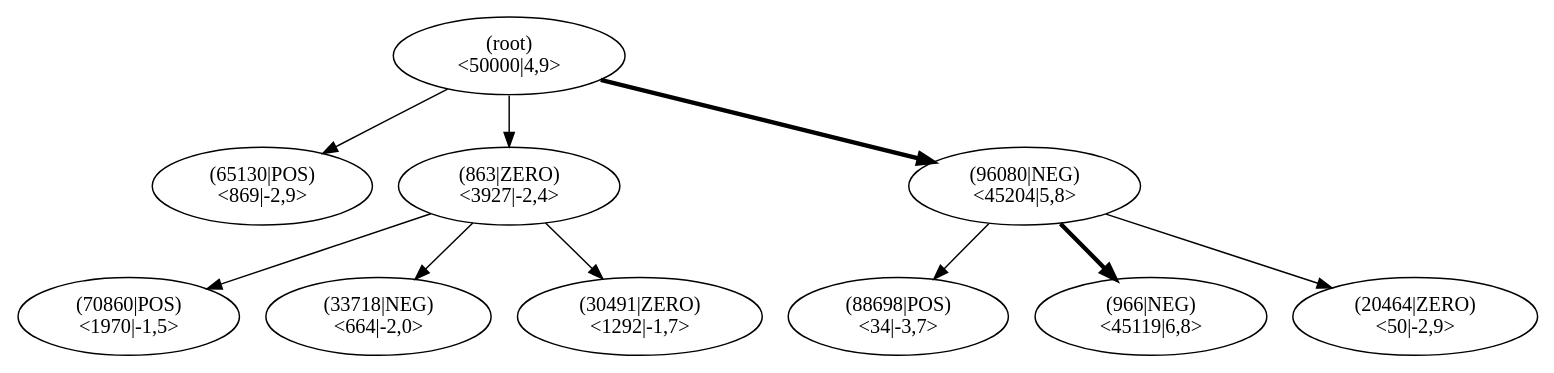
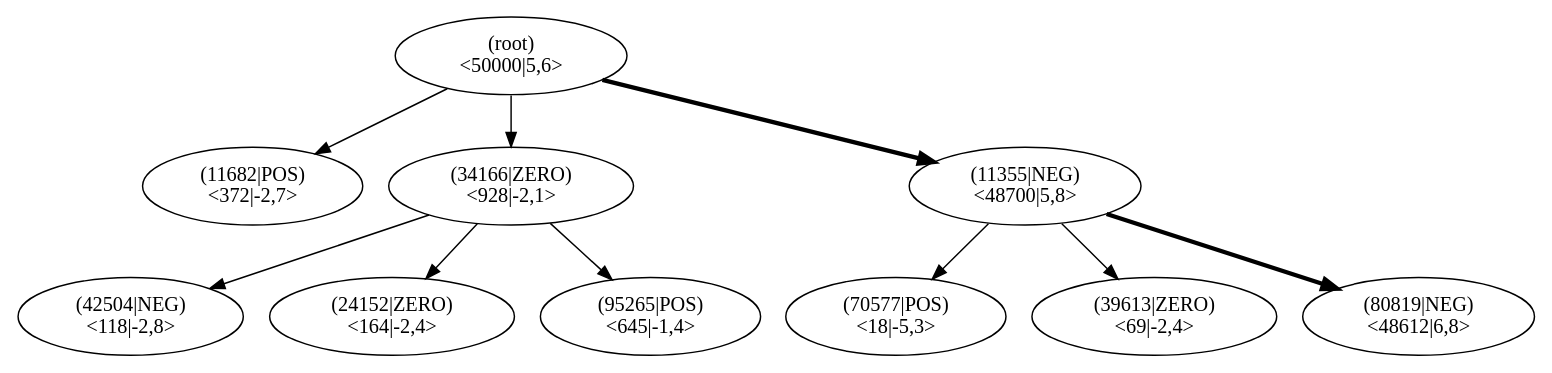
The diagram in pictures/ch13/lane_test_mcts.dot (JonasHellgren/relexp-java), drawn with Graphviz before and after one commit. The commit also changed 5 other files, not shown here.

```diff
--- a/pictures/ch13/lane_test_mcts.dot
+++ b/pictures/ch13/lane_test_mcts.dot
@@ -1,32 +1,32 @@
 digraph MCTS {
 node [shape=ellipse];
 Nroot [label="(root)
-<50000|4,9>"];
-Nroot -> N65130[penwidth=1];
-N65130 [label="(65130|POS)
-<869|-2,9>"];
-Nroot -> N863[penwidth=1];
-N863 [label="(863|ZERO)
-<3927|-2,4>"];
-N863 -> N70860[penwidth=1];
-N70860 [label="(70860|POS)
-<1970|-1,5>"];
-N863 -> N33718[penwidth=1];
-N33718 [label="(33718|NEG)
-<664|-2,0>"];
-N863 -> N30491[penwidth=1];
-N30491 [label="(30491|ZERO)
-<1292|-1,7>"];
-Nroot -> N96080[penwidth=3];
-N96080 [label="(96080|NEG)
-<45204|5,8>"];
-N96080 -> N88698[penwidth=1];
-N88698 [label="(88698|POS)
-<34|-3,7>"];
-N96080 -> N966[penwidth=3];
-N966 [label="(966|NEG)
-<45119|6,8>"];
-N96080 -> N20464[penwidth=1];
-N20464 [label="(20464|ZERO)
-<50|-2,9>"];
+<50000|5,6>"];
+Nroot -> N11682[penwidth=1];
+N11682 [label="(11682|POS)
+<372|-2,7>"];
+Nroot -> N34166[penwidth=1];
+N34166 [label="(34166|ZERO)
+<928|-2,1>"];
+N34166 -> N42504[penwidth=1];
+N42504 [label="(42504|NEG)
+<118|-2,8>"];
+N34166 -> N24152[penwidth=1];
+N24152 [label="(24152|ZERO)
+<164|-2,4>"];
+N34166 -> N95265[penwidth=1];
+N95265 [label="(95265|POS)
+<645|-1,4>"];
+Nroot -> N11355[penwidth=3];
+N11355 [label="(11355|NEG)
+<48700|5,8>"];
+N11355 -> N70577[penwidth=1];
+N70577 [label="(70577|POS)
+<18|-5,3>"];
+N11355 -> N39613[penwidth=1];
+N39613 [label="(39613|ZERO)
+<69|-2,4>"];
+N11355 -> N80819[penwidth=3];
+N80819 [label="(80819|NEG)
+<48612|6,8>"];
 }
```
